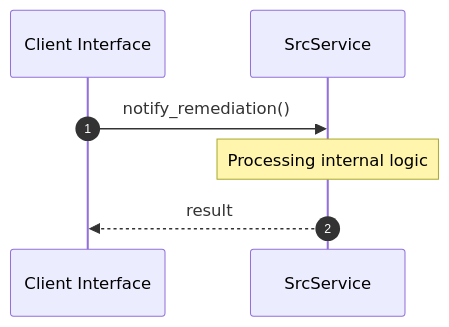
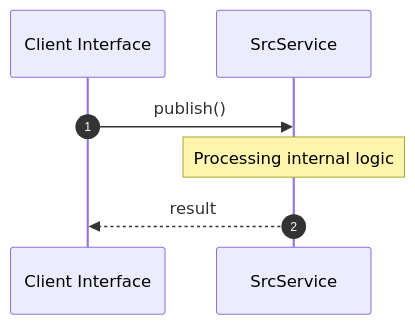
The second of 2 diagrams in openwiki/crates/factory-infrastructure/src/index.md (lgcorzo/rust_CACD_autonomous_factory), drawn with Mermaid before and after one commit. The commit also changed other lines of this file and 21 other files, not shown here.

````diff
--- a/openwiki/crates/factory-infrastructure/src/index.md
+++ b/openwiki/crates/factory-infrastructure/src/index.md
@@ -144,10 +144,10 @@
 ```mermaid
 sequenceDiagram
     autonumber
     participant Caller as Client Interface
     participant Svc as SrcService
-    Caller->>Svc: notify_remediation()
+    Caller->>Svc: publish()
     Note over Svc: Processing internal logic
     Svc-->>Caller: result
 
 ```
````
